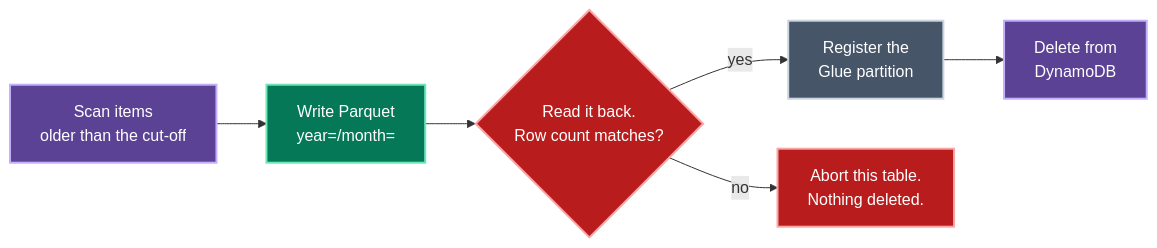
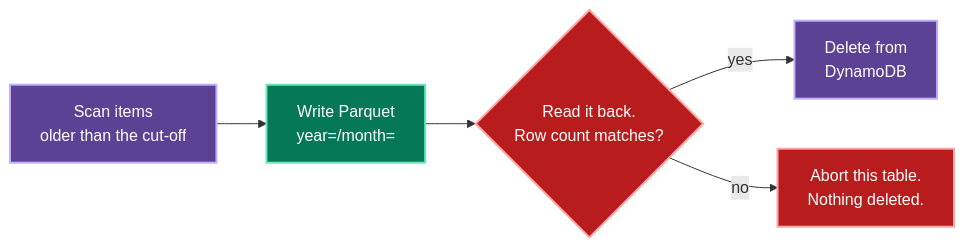
The second of 2 diagrams in ARCHITECTURE.md (neozenith/fit), drawn with Mermaid before and after one commit. The commit also changed other lines of this file and 1 other file, not shown here.

First line of the commit message:
Purge Glue and Athena from the architecture docs

````diff
--- a/ARCHITECTURE.md
+++ b/ARCHITECTURE.md
@@ -124,18 +123,17 @@
 ```mermaid
 flowchart LR
     scan["Scan items<br/>older than the cut-off"]:::compute
     write["Write Parquet<br/>year=/month="]:::data
     verify{"Read it back.<br/>Row count matches?"}:::gate
-    reg["Register the<br/>Glue partition"]:::infra
     del["Delete from<br/>DynamoDB"]:::compute
     abort["Abort this table.<br/>Nothing deleted."]:::gate
 
     scan --> write --> verify
-    verify -- yes --> reg --> del
+    verify -- yes --> del
     verify -- no --> abort
 
     classDef compute fill:#5c4295,stroke:#c3b0fd,color:#fff,stroke-width:2px
     classDef data fill:#047857,stroke:#6ee7b7,color:#fff,stroke-width:2px
     classDef infra fill:#475569,stroke:#cbd5e1,color:#fff,stroke-width:2px
     classDef gate fill:#b91c1c,stroke:#fca5a5,color:#fff,stroke-width:2px
 ```
````
